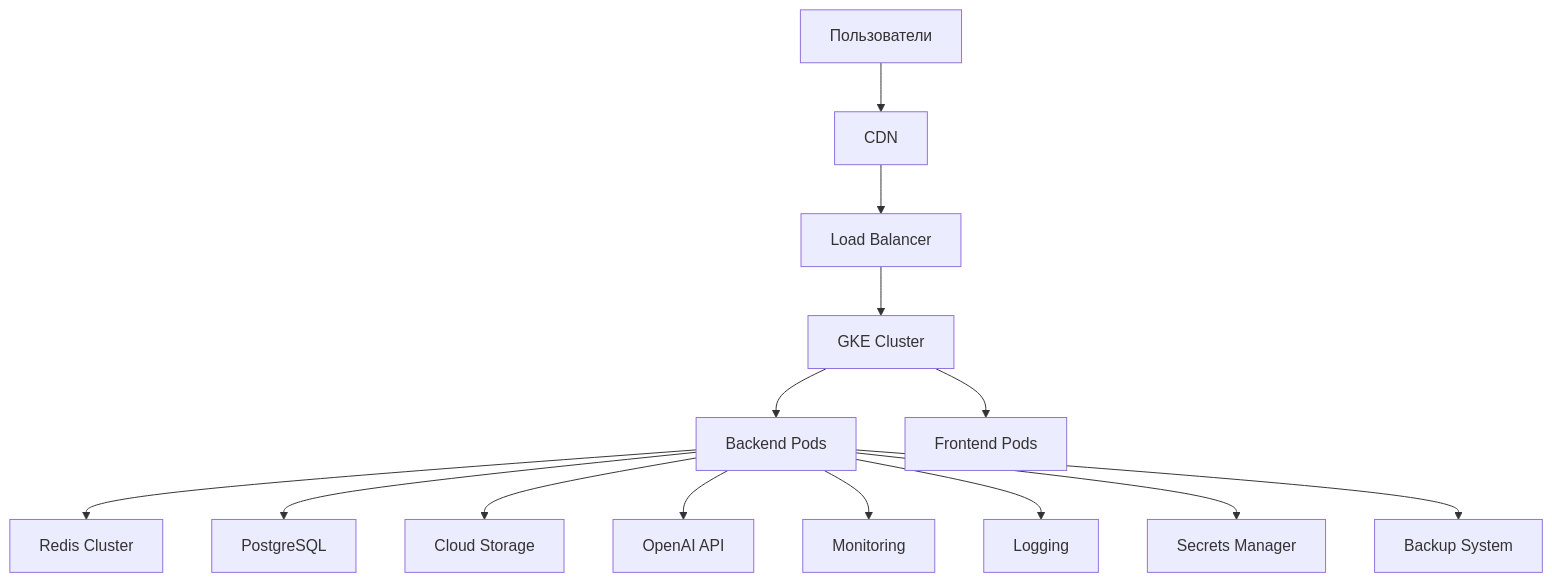
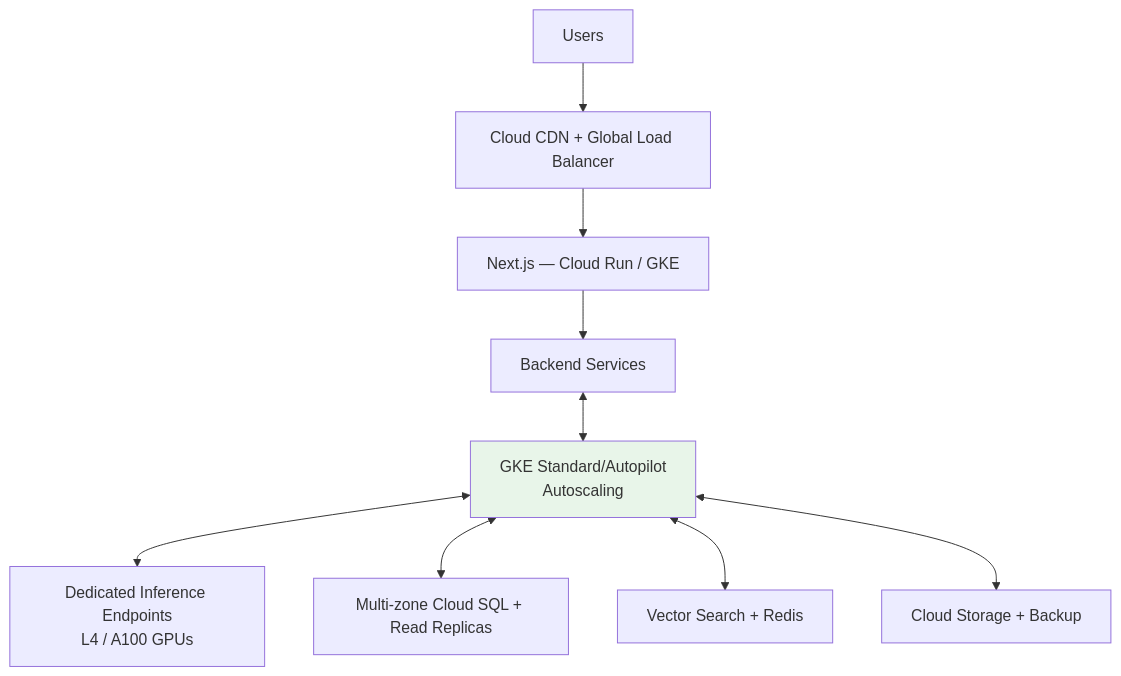
The third of 3 diagrams in lab4/lab4_report.md (vnovikov21/2025_2026-cloud-platforms-as-the-basis-of-technology-entrepreneurship-u4125-novikov_v_v), drawn with Mermaid before and after one commit. The commit also changed other lines of this file, not shown here.

````diff
--- a/lab4/lab4_report.md
+++ b/lab4/lab4_report.md
@@ -171,21 +107,12 @@
 ```mermaid
 flowchart TD
-
-A[Пользователи] --> B[CDN]
-B --> C[Load Balancer]
-
-C --> D[GKE Cluster]
-
-D --> E[Backend Pods]
-D --> F[Frontend Pods]
-
-E --> G[Redis Cluster]
-E --> H[PostgreSQL]
-E --> I[Cloud Storage]
-E --> J[OpenAI API]
-
-E --> K[Monitoring]
-E --> L[Logging]
-E --> M[Secrets Manager]
-E --> N[Backup System]
+    A[Users] --> B[Cloud CDN + Global Load Balancer]
+    B --> C[Next.js — Cloud Run / GKE]
+    C --> D[Backend Services]
+    D <--> E[GKE Standard/Autopilot\nAutoscaling]
+    E <--> F[Dedicated Inference Endpoints\nL4 / A100 GPUs]
+    E <--> G[Multi-zone Cloud SQL + Read Replicas]
+    E <--> H[Vector Search + Redis]
+    E <--> I[Cloud Storage + Backup]
+    style E fill:#e8f5e9
 ```
````
